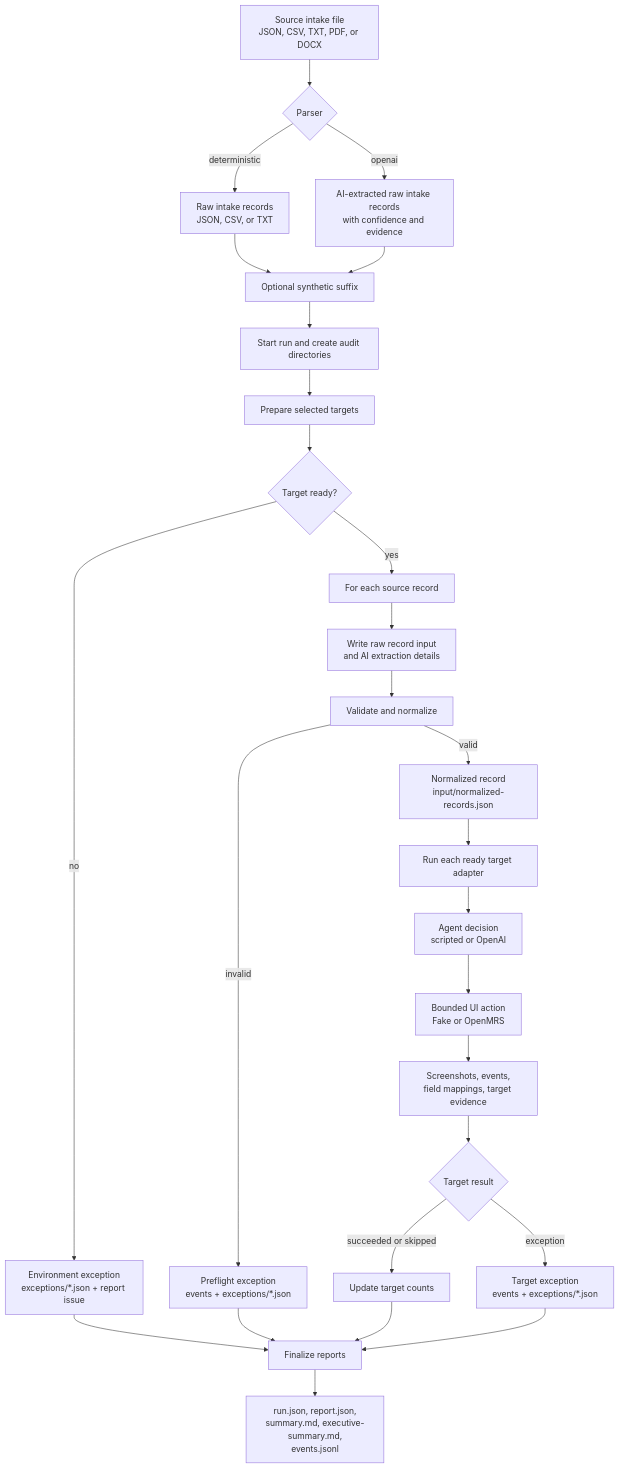
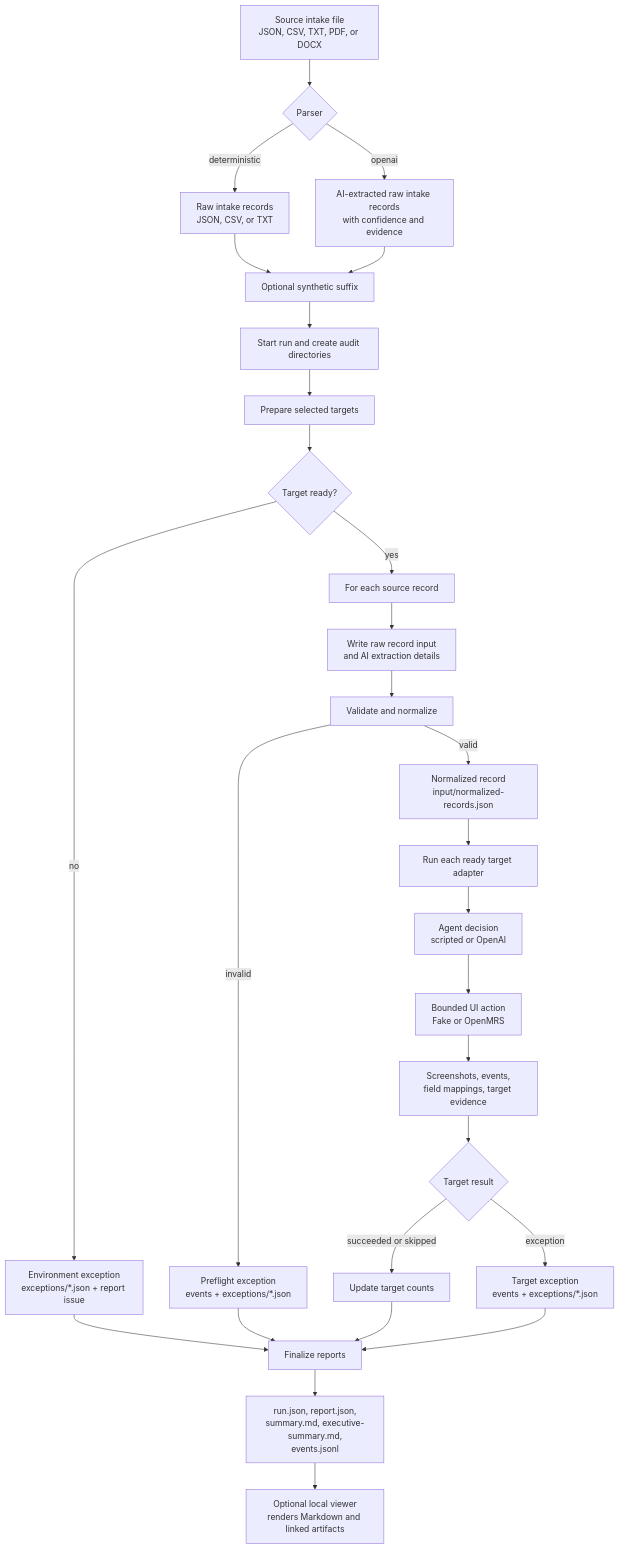
One commit to wm-pxel/agentic-ui-automation changed the second of 2 diagrams in README.md. Above: the diagram before and after it, drawn with Mermaid. The commit also changed other lines of this file and 5 other files, not shown here.

Commit message:
Order screenshot artifacts and document viewer flow

````diff
--- a/README.md
+++ b/README.md
@@ -177,33 +180,34 @@
 ```mermaid
 flowchart TD
   Source["Source intake file<br/>JSON, CSV, TXT, PDF, or DOCX"] --> Parser{"Parser"}
   Parser -->|deterministic| RawRecords["Raw intake records<br/>JSON, CSV, or TXT"]
   Parser -->|openai| AiRecords["AI-extracted raw intake records<br/>with confidence and evidence"]
   RawRecords --> Suffix["Optional synthetic suffix"]
   AiRecords --> Suffix
   Suffix --> Start["Start run and create audit directories"]
 
   Start --> Prepare["Prepare selected targets"]
   Prepare --> Ready{"Target ready?"}
   Ready -->|no| EnvException["Environment exception<br/>exceptions/*.json + report issue"]
   Ready -->|yes| RecordLoop["For each source record"]
 
   RecordLoop --> CaptureInput["Write raw record input<br/>and AI extraction details"]
   CaptureInput --> Validate["Validate and normalize"]
   Validate -->|invalid| PreflightException["Preflight exception<br/>events + exceptions/*.json"]
   Validate -->|valid| Normalized["Normalized record<br/>input/normalized-records.json"]
 
   Normalized --> TargetLoop["Run each ready target adapter"]
   TargetLoop --> AgentDecision["Agent decision<br/>scripted or OpenAI"]
   AgentDecision --> UiAction["Bounded UI action<br/>Fake or OpenMRS"]
   UiAction --> Evidence["Screenshots, events,<br/>field mappings, target evidence"]
   Evidence --> TargetResult{"Target result"}
   TargetResult -->|succeeded or skipped| Counts["Update target counts"]
   TargetResult -->|exception| TargetException["Target exception<br/>events + exceptions/*.json"]
 
   EnvException --> Reports["Finalize reports"]
   PreflightException --> Reports
   Counts --> Reports
   TargetException --> Reports
   Reports --> AuditPackage["run.json, report.json,<br/>summary.md, executive-summary.md,<br/>events.jsonl"]
+  AuditPackage --> Viewer["Optional local viewer<br/>renders Markdown and linked artifacts"]
 ```
````
